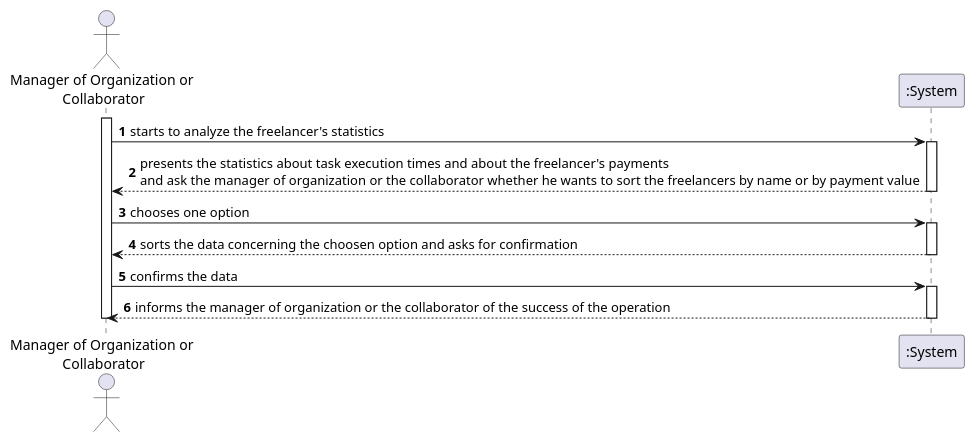
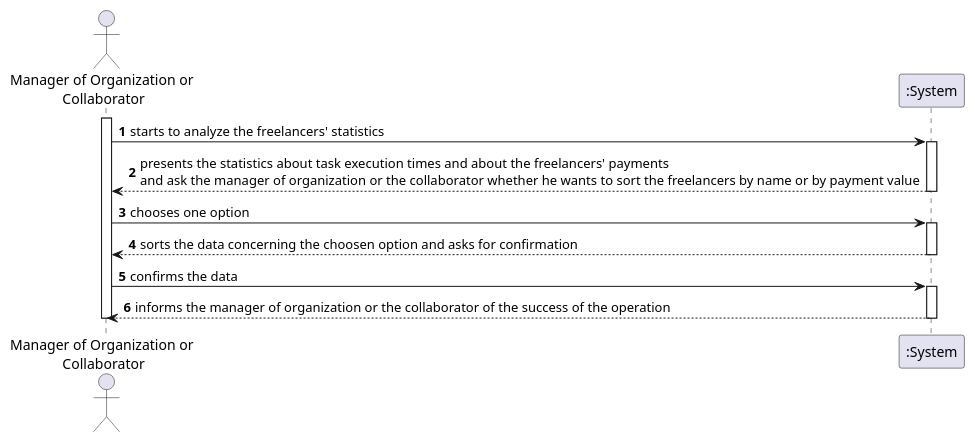
One commit to pedrolemos4/LAPR2 changed the diagram in docs/UC8 - Analyze freelancer statistics/UC8_SSD.puml. Above: the diagram before and after it, drawn with PlantUML. The commit also changed other lines of this file and 1 other file, not shown here.

```diff
--- a/docs/UC8 - Analyze freelancer statistics/UC8_SSD.puml
+++ b/docs/UC8 - Analyze freelancer statistics/UC8_SSD.puml
@@ -1,31 +1,31 @@
 @startuml
 
 autonumber
 actor "Manager of Organization or \nCollaborator" as MAN
 
 participant ":System" as SIST
 
 activate MAN
 
-    MAN -> SIST : starts to analyze the freelancer's statistics
+    MAN -> SIST : starts to analyze the freelancers' statistics
 
     activate SIST
-    SIST --> MAN : presents the statistics about task execution times and about the freelancer's payments \nand ask the manager of organization or the collaborator whether he wants to sort the freelancers by name or by payment value
+    SIST --> MAN : presents the statistics about task execution times and about the freelancers' payments \nand ask the manager of organization or the collaborator whether he wants to sort the freelancers by name or by payment value
     deactivate SIST
 
     MAN -> SIST: chooses one option
 
     activate SIST
         SIST --> MAN : sorts the data concerning the choosen option and asks for confirmation
     deactivate SIST
 
     MAN -> SIST : confirms the data
 
     activate SIST
         SIST --> MAN: informs the manager of organization or the collaborator of the success of the operation
     deactivate SIST
 
 
 deactivate MAN
 
 @enduml
```
